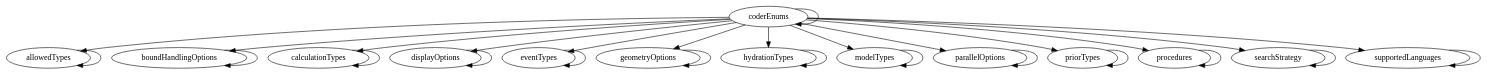
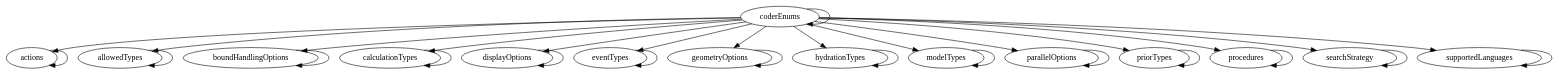
The diagram in master/api_reference/API/enums/graph.dot (RascalSoftware/RAT), drawn with Graphviz before and after one commit. The commit also changed 159 other files, not shown here.

```diff
--- a/master/api_reference/API/enums/graph.dot
+++ b/master/api_reference/API/enums/graph.dot
@@ -1,45 +1,48 @@
 /* Created by mdot for Matlab */
 digraph m2html {
+  actions -> actions;
   allowedTypes -> allowedTypes;
   boundHandlingOptions -> boundHandlingOptions;
   calculationTypes -> calculationTypes;
+  coderEnums -> actions;
   coderEnums -> allowedTypes;
   coderEnums -> boundHandlingOptions;
   coderEnums -> calculationTypes;
   coderEnums -> coderEnums;
   coderEnums -> displayOptions;
   coderEnums -> eventTypes;
   coderEnums -> geometryOptions;
   coderEnums -> hydrationTypes;
   coderEnums -> modelTypes;
   coderEnums -> parallelOptions;
   coderEnums -> priorTypes;
   coderEnums -> procedures;
   coderEnums -> searchStrategy;
   coderEnums -> supportedLanguages;
   displayOptions -> displayOptions;
   eventTypes -> eventTypes;
   geometryOptions -> geometryOptions;
   hydrationTypes -> hydrationTypes;
   modelTypes -> modelTypes;
   parallelOptions -> parallelOptions;
   priorTypes -> priorTypes;
   procedures -> procedures;
   searchStrategy -> searchStrategy;
   supportedLanguages -> supportedLanguages;
 
+  actions [URL="actions.html"];
   allowedTypes [URL="allowedTypes.html"];
   boundHandlingOptions [URL="boundHandlingOptions.html"];
   calculationTypes [URL="calculationTypes.html"];
   coderEnums [URL="coderEnums.html"];
   displayOptions [URL="displayOptions.html"];
   eventTypes [URL="eventTypes.html"];
   geometryOptions [URL="geometryOptions.html"];
   hydrationTypes [URL="hydrationTypes.html"];
   modelTypes [URL="modelTypes.html"];
   parallelOptions [URL="parallelOptions.html"];
   priorTypes [URL="priorTypes.html"];
   procedures [URL="procedures.html"];
   searchStrategy [URL="searchStrategy.html"];
   supportedLanguages [URL="supportedLanguages.html"];
 }
```
